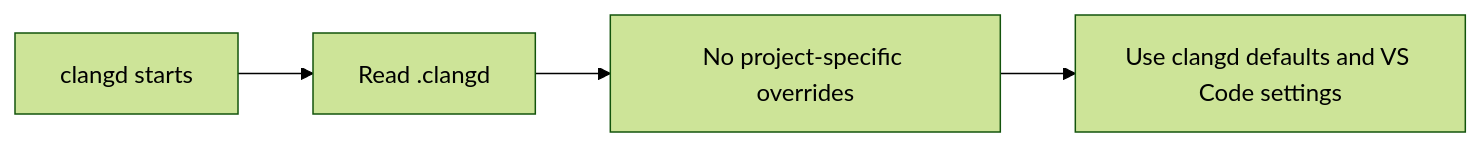
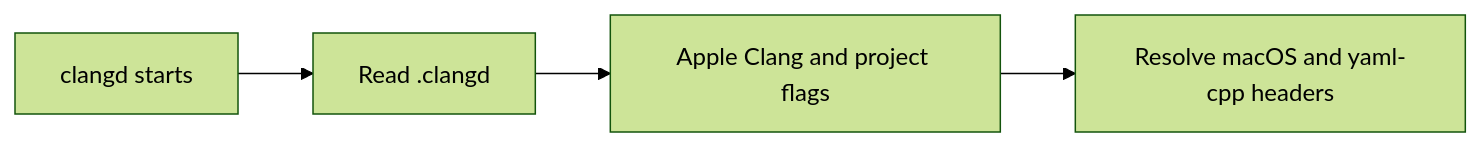
Diagram 21 of 26 in README.md (jirahandler/baremetal-mnist-cpp-ml), drawn with Mermaid (forest theme) before and after one commit. The commit also changed other lines of this file and 3 other files, not shown here.

````diff
--- a/README.md
+++ b/README.md
@@ -1005,6 +1008,6 @@
 ```mermaid
 flowchart LR
     A[clangd starts] --> B[Read .clangd]
-    B --> C[No project-specific overrides]
-    C --> D[Use clangd defaults and VS Code settings]
+    B --> C[Apple Clang and project flags]
+    C --> D[Resolve macOS and yaml-cpp headers]
 ```
````
